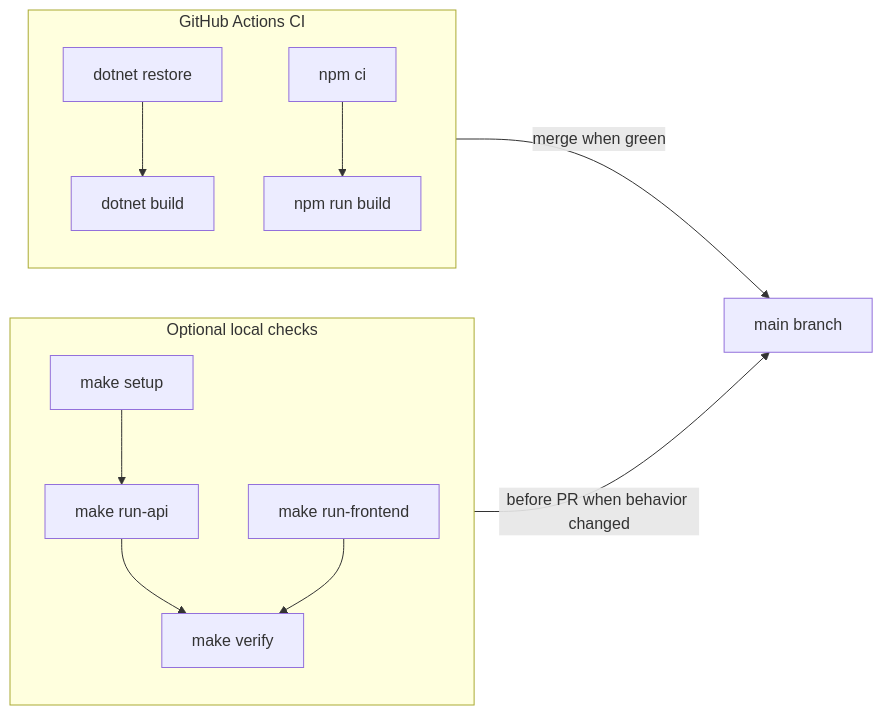
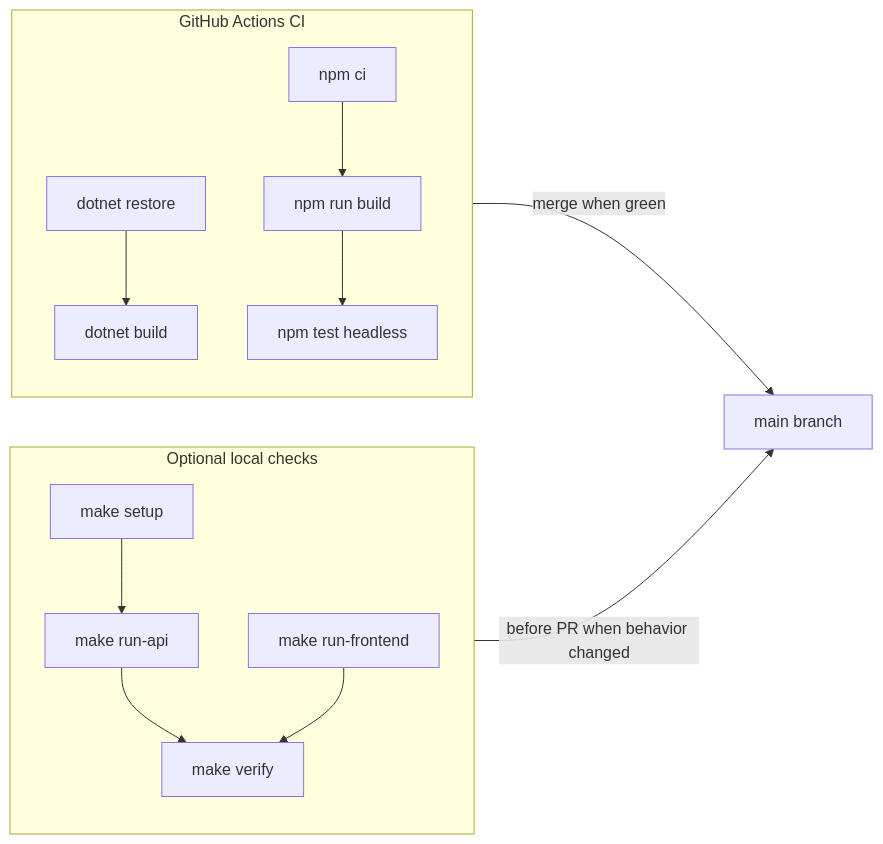
The diagram in docs/ci-and-builds.md (asalhallak/basic-user-management), drawn with Mermaid before and after one commit. The commit also changed other lines of this file and 6 other files, not shown here.

````diff
--- a/docs/ci-and-builds.md
+++ b/docs/ci-and-builds.md
@@ -74,24 +76,26 @@
 ```mermaid
 flowchart LR
     subgraph ci [GitHub Actions CI]
         Restore[dotnet restore]
         BuildApi[dotnet build]
         NpmCi[npm ci]
         BuildFe[npm run build]
+        TestFe[npm test headless]
         Restore --> BuildApi
         NpmCi --> BuildFe
+        BuildFe --> TestFe
     end
 
     subgraph local [Optional local checks]
         Setup[make setup]
         RunApi[make run-api]
         RunFe[make run-frontend]
         Verify[make verify]
         Setup --> RunApi
         RunApi --> Verify
         RunFe --> Verify
     end
 
     ci -->|merge when green| main[main branch]
     local -->|before PR when behavior changed| main
 ```
````
